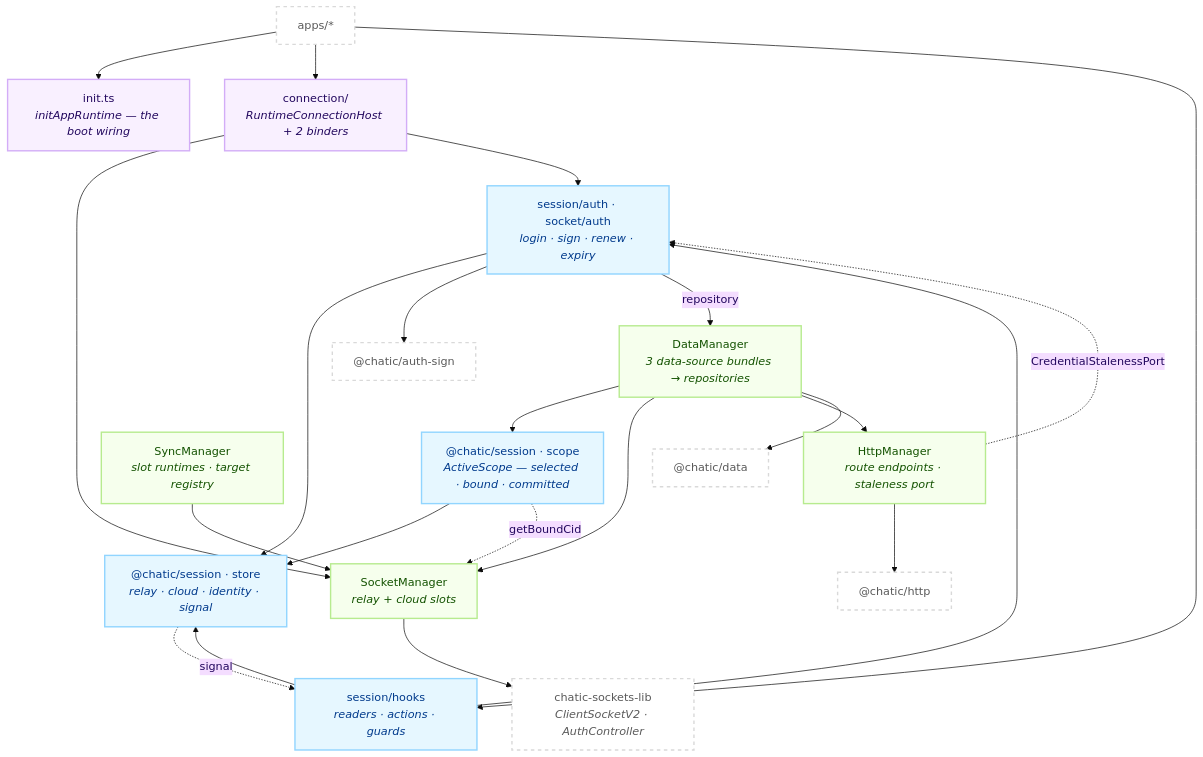
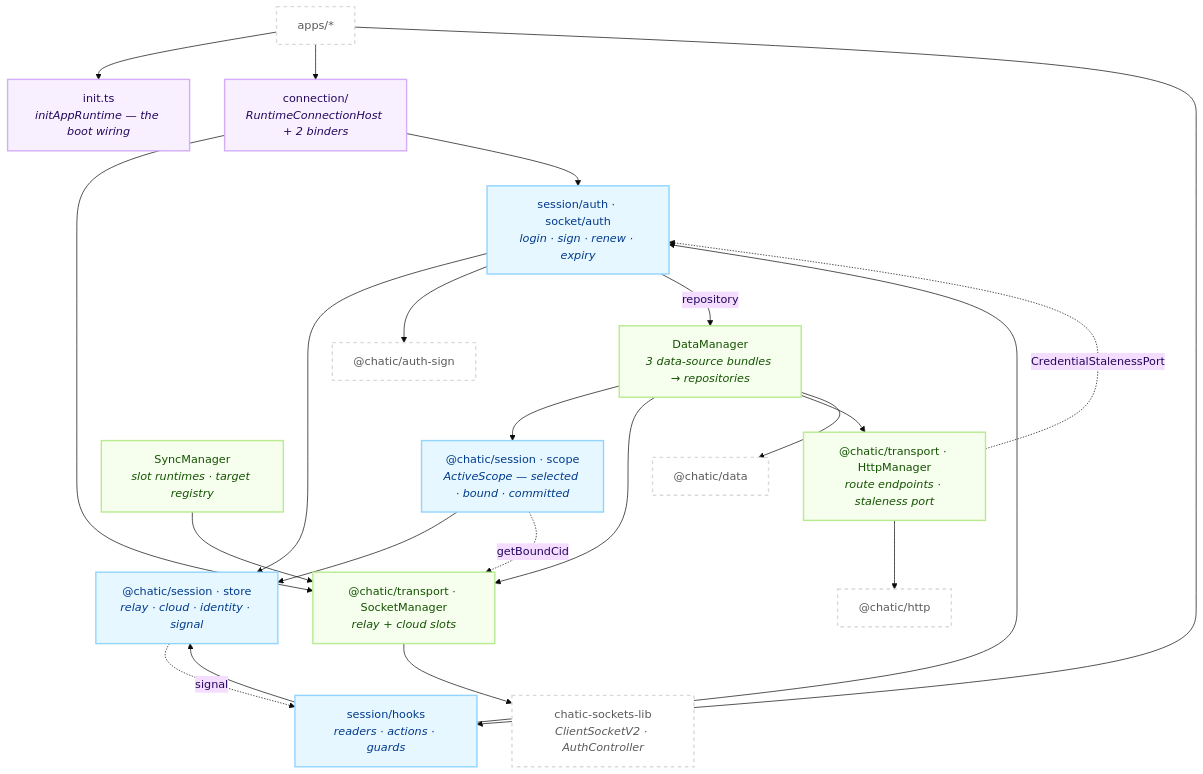
One commit to lemoncloud-io/dou-app changed the first of 2 diagrams in libs/app-runtime/README.md. Above: the diagram before and after it, drawn with Mermaid (base theme). The commit also changed other lines of this file and 186 other files, not shown here.

First line of the commit message:
refactor(transport,app-runtime): move the socket manager and http into @chatic/transport

````diff
--- a/libs/app-runtime/README.md
+++ b/libs/app-runtime/README.md
@@ -70,48 +71,48 @@
 ```mermaid
 flowchart TD
     classDef root fill:#f9f0ff,stroke:#d3adf7,stroke-width:2px,color:#22075e;
     classDef sess fill:#e6f7ff,stroke:#91d5ff,stroke-width:2px,color:#003a8c;
     classDef eng fill:#f6ffed,stroke:#b7eb8f,stroke-width:2px,color:#135200;
     classDef ext fill:#ffffff,stroke:#d9d9d9,stroke-width:2px,color:#595959,stroke-dasharray: 5 5;
 
     App["apps/*"]:::ext
     Init["init.ts<br/><i>initAppRuntime — the boot wiring</i>"]:::root
     Host["connection/<br/><i>RuntimeConnectionHost + 2 binders</i>"]:::root
 
     Hooks["session/hooks<br/><i>readers · actions · guards</i>"]:::sess
     Auth["session/auth · socket/auth<br/><i>login · sign · renew · expiry</i>"]:::sess
     Store["@chatic/session · store<br/><i>relay · cloud · identity · signal</i>"]:::sess
     Scope["@chatic/session · scope<br/><i>ActiveScope — selected · bound · committed</i>"]:::sess
 
-    SM["SocketManager<br/><i>relay + cloud slots</i>"]:::eng
+    SM["@chatic/transport · SocketManager<br/><i>relay + cloud slots</i>"]:::eng
     SyncM["SyncManager<br/><i>slot runtimes · target registry</i>"]:::eng
-    HM["HttpManager<br/><i>route endpoints · staleness port</i>"]:::eng
+    HM["@chatic/transport · HttpManager<br/><i>route endpoints · staleness port</i>"]:::eng
     DM["DataManager<br/><i>3 data-source bundles → repositories</i>"]:::eng
 
     SDK["chatic-sockets-lib<br/><i>ClientSocketV2 · AuthController</i>"]:::ext
     Data["@chatic/data"]:::ext
     Http["@chatic/http"]:::ext
     Sign["@chatic/auth-sign"]:::ext
 
     App --> Init
     App --> Host
     App --> Hooks
     Host --> SM
     Host --> Auth
     Hooks --> Auth
     Hooks --> Store
     Auth --> Store
     Auth --> Sign
     Auth -->|"repository"| DM
     Scope --> Store
     Scope -.->|"getBoundCid"| SM
     Store -.->|"signal"| Hooks
     SM --> SDK
     SyncM --> SM
     DM --> Scope
     DM --> SM
     DM --> HM
     DM --> Data
     HM --> Http
     HM -.->|"CredentialStalenessPort"| Auth
 ```
````
